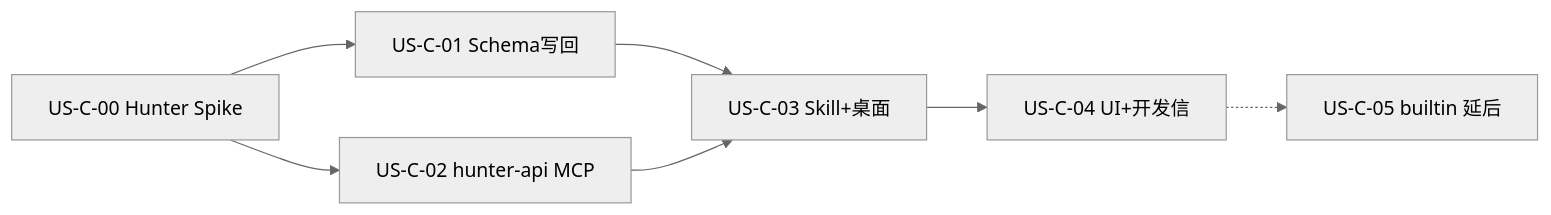
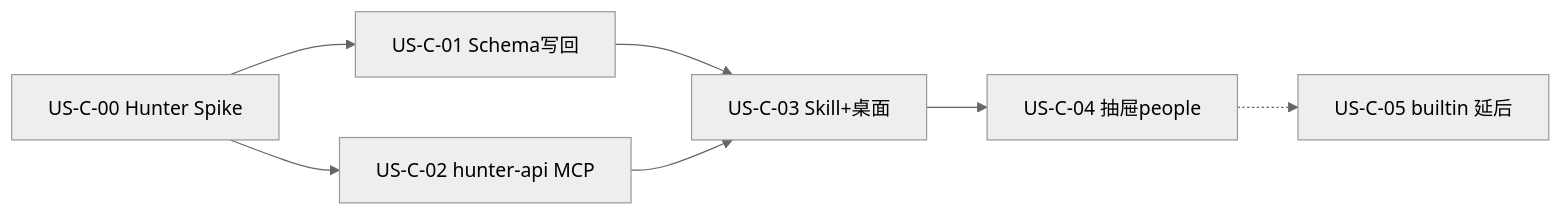
One commit to Pedro-MAFS/ftcs changed the third of 3 diagrams in docs/20-需求-联系人Enrichment.md. Above: the diagram before and after it, drawn with Mermaid (neutral theme). The commit also changed other lines of this file and 17 other files, not shown here.

````diff
--- a/docs/20-需求-联系人Enrichment.md
+++ b/docs/20-需求-联系人Enrichment.md
@@ -226,16 +226,16 @@
 ```mermaid
 flowchart LR
   C00[US-C-00 Hunter Spike]
   C01[US-C-01 Schema写回]
   C02[US-C-02 hunter-api MCP]
   C03[US-C-03 Skill+桌面]
-  C04[US-C-04 UI+开发信]
+  C04[US-C-04 抽屉people]
   C05[US-C-05 builtin 延后]
 
   C00 --> C01
   C00 --> C02
   C01 --> C03
   C02 --> C03
   C03 --> C04
   C04 -.-> C05
 ```
````
